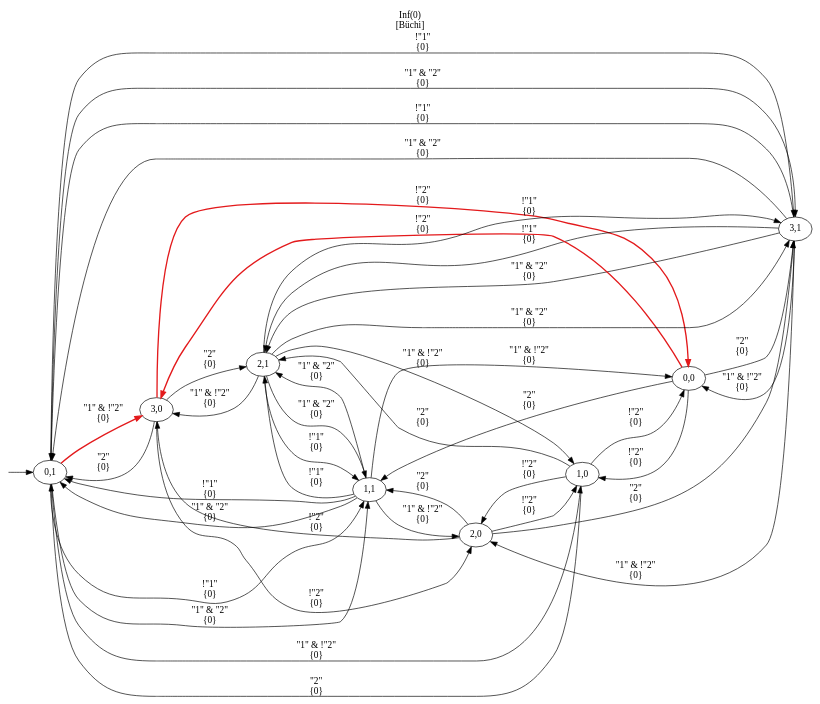
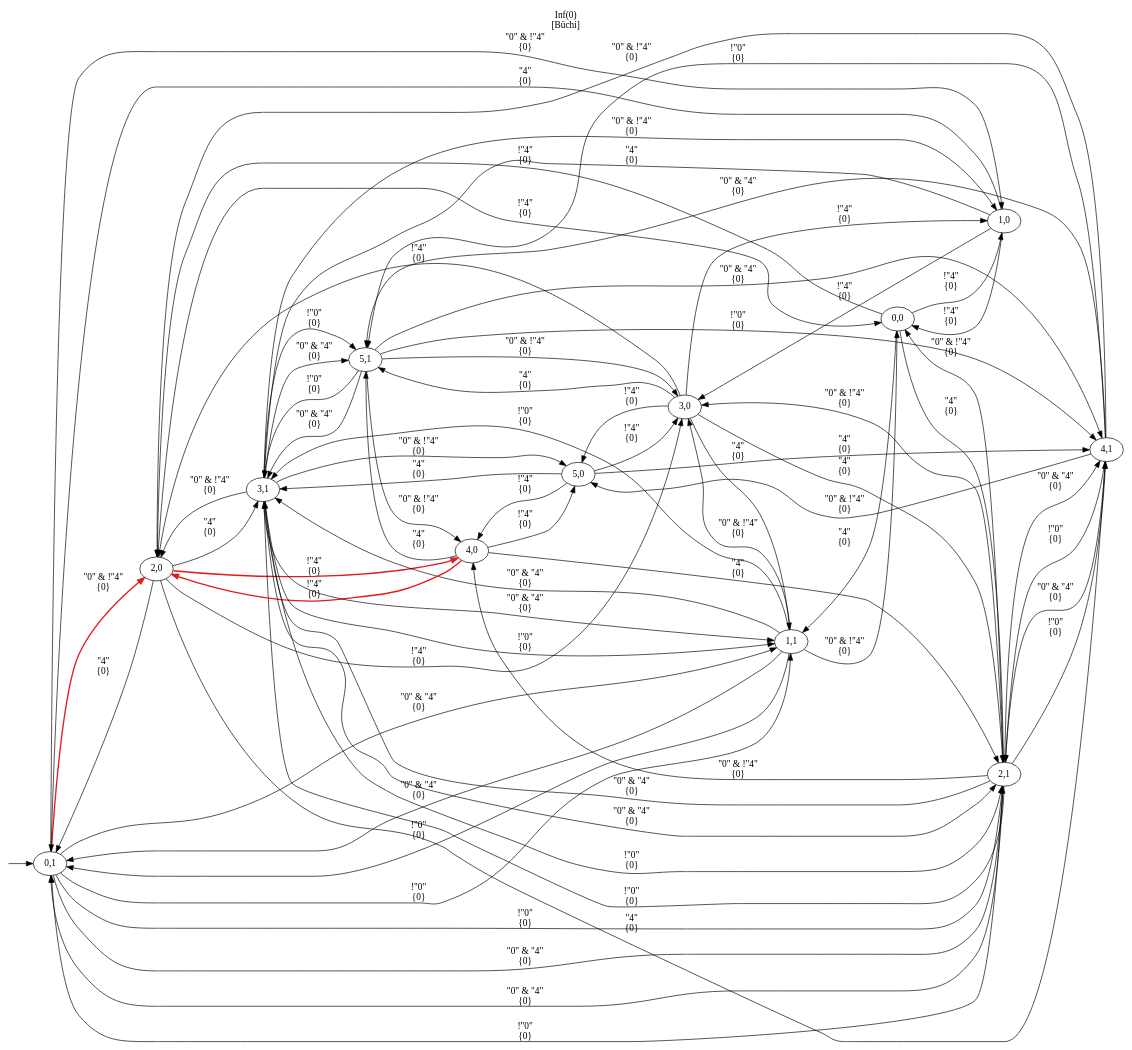
Before and after one commit to jrourke48/HMRTA_TS_GENERATION: the diagram in output/product_automaton.dot, drawn with Graphviz. The commit also changed 19 other files, not shown here.

```diff
--- a/output/product_automaton.dot
+++ b/output/product_automaton.dot
@@ -1,56 +1,90 @@
 digraph "" {
   rankdir=LR
   label="Inf(0)\n[Büchi]"
   labelloc="t"
   node [shape="ellipse",width="0.5",height="0.5"]
   I [label="", style=invis, width=0]
   I -> 0
   0 [label="0,1"]
-  0 -> 1 [label="\"1\" & !\"2\"\n{0}", style=bold, color="#E31A1C"]
-  0 -> 2 [label="!\"1\"\n{0}"]
-  0 -> 2 [label="\"1\" & \"2\"\n{0}"]
-  0 -> 3 [label="\"1\" & !\"2\"\n{0}"]
-  0 -> 4 [label="!\"1\"\n{0}"]
-  0 -> 4 [label="\"1\" & \"2\"\n{0}"]
-  1 [label="3,0"]
-  1 -> 5 [label="!\"2\"\n{0}", style=bold, color="#E31A1C"]
-  1 -> 0 [label="\"2\"\n{0}"]
-  1 -> 6 [label="!\"2\"\n{0}"]
-  1 -> 7 [label="\"2\"\n{0}"]
-  2 [label="3,1"]
-  2 -> 5 [label="\"1\" & !\"2\"\n{0}"]
-  2 -> 0 [label="!\"1\"\n{0}"]
-  2 -> 0 [label="\"1\" & \"2\"\n{0}"]
-  2 -> 6 [label="\"1\" & !\"2\"\n{0}"]
-  2 -> 7 [label="!\"1\"\n{0}"]
-  2 -> 7 [label="\"1\" & \"2\"\n{0}"]
+  0 -> 1 [label="\"0\" & !\"4\"\n{0}", style=bold, color="#E31A1C"]
+  0 -> 2 [label="!\"0\"\n{0}"]
+  0 -> 2 [label="\"0\" & \"4\"\n{0}"]
+  0 -> 3 [label="\"0\" & !\"4\"\n{0}"]
+  0 -> 4 [label="!\"0\"\n{0}"]
+  0 -> 4 [label="\"0\" & \"4\"\n{0}"]
+  1 [label="2,0"]
+  1 -> 5 [label="!\"4\"\n{0}", style=bold, color="#E31A1C"]
+  1 -> 6 [label="\"4\"\n{0}"]
+  1 -> 7 [label="!\"4\"\n{0}"]
+  1 -> 0 [label="\"4\"\n{0}"]
+  1 -> 8 [label="!\"4\"\n{0}"]
+  1 -> 9 [label="\"4\"\n{0}"]
+  2 [label="2,1"]
+  2 -> 5 [label="\"0\" & !\"4\"\n{0}"]
+  2 -> 6 [label="!\"0\"\n{0}"]
+  2 -> 6 [label="\"0\" & \"4\"\n{0}"]
+  2 -> 7 [label="\"0\" & !\"4\"\n{0}"]
+  2 -> 0 [label="!\"0\"\n{0}"]
+  2 -> 0 [label="\"0\" & \"4\"\n{0}"]
+  2 -> 8 [label="\"0\" & !\"4\"\n{0}"]
+  2 -> 9 [label="!\"0\"\n{0}"]
+  2 -> 9 [label="\"0\" & \"4\"\n{0}"]
   3 [label="1,0"]
-  3 -> 6 [label="!\"2\"\n{0}"]
-  3 -> 7 [label="\"2\"\n{0}"]
-  3 -> 5 [label="!\"2\"\n{0}"]
-  3 -> 0 [label="\"2\"\n{0}"]
+  3 -> 8 [label="!\"4\"\n{0}"]
+  3 -> 9 [label="\"4\"\n{0}"]
+  3 -> 7 [label="!\"4\"\n{0}"]
+  3 -> 0 [label="\"4\"\n{0}"]
   4 [label="1,1"]
-  4 -> 6 [label="\"1\" & !\"2\"\n{0}"]
-  4 -> 7 [label="!\"1\"\n{0}"]
-  4 -> 7 [label="\"1\" & \"2\"\n{0}"]
-  4 -> 5 [label="\"1\" & !\"2\"\n{0}"]
-  4 -> 0 [label="!\"1\"\n{0}"]
-  4 -> 0 [label="\"1\" & \"2\"\n{0}"]
-  5 [label="0,0"]
-  5 -> 1 [label="!\"2\"\n{0}", style=bold, color="#E31A1C"]
-  5 -> 2 [label="\"2\"\n{0}"]
-  5 -> 3 [label="!\"2\"\n{0}"]
-  5 -> 4 [label="\"2\"\n{0}"]
-  6 [label="2,0"]
-  6 -> 3 [label="!\"2\"\n{0}"]
-  6 -> 4 [label="\"2\"\n{0}"]
-  6 -> 1 [label="!\"2\"\n{0}"]
-  6 -> 2 [label="\"2\"\n{0}"]
-  7 [label="2,1"]
-  7 -> 3 [label="\"1\" & !\"2\"\n{0}"]
-  7 -> 4 [label="!\"1\"\n{0}"]
-  7 -> 4 [label="\"1\" & \"2\"\n{0}"]
-  7 -> 1 [label="\"1\" & !\"2\"\n{0}"]
-  7 -> 2 [label="!\"1\"\n{0}"]
-  7 -> 2 [label="\"1\" & \"2\"\n{0}"]
+  4 -> 8 [label="\"0\" & !\"4\"\n{0}"]
+  4 -> 9 [label="!\"0\"\n{0}"]
+  4 -> 9 [label="\"0\" & \"4\"\n{0}"]
+  4 -> 7 [label="\"0\" & !\"4\"\n{0}"]
+  4 -> 0 [label="!\"0\"\n{0}"]
+  4 -> 0 [label="\"0\" & \"4\"\n{0}"]
+  5 [label="4,0"]
+  5 -> 1 [label="!\"4\"\n{0}", style=bold, color="#E31A1C"]
+  5 -> 2 [label="\"4\"\n{0}"]
+  5 -> 10 [label="!\"4\"\n{0}"]
+  5 -> 11 [label="\"4\"\n{0}"]
+  6 [label="4,1"]
+  6 -> 1 [label="\"0\" & !\"4\"\n{0}"]
+  6 -> 2 [label="!\"0\"\n{0}"]
+  6 -> 2 [label="\"0\" & \"4\"\n{0}"]
+  6 -> 10 [label="\"0\" & !\"4\"\n{0}"]
+  6 -> 11 [label="!\"0\"\n{0}"]
+  6 -> 11 [label="\"0\" & \"4\"\n{0}"]
+  7 [label="0,0"]
+  7 -> 1 [label="!\"4\"\n{0}"]
+  7 -> 2 [label="\"4\"\n{0}"]
+  7 -> 3 [label="!\"4\"\n{0}"]
+  7 -> 4 [label="\"4\"\n{0}"]
+  8 [label="3,0"]
+  8 -> 10 [label="!\"4\"\n{0}"]
+  8 -> 11 [label="\"4\"\n{0}"]
+  8 -> 3 [label="!\"4\"\n{0}"]
+  8 -> 4 [label="\"4\"\n{0}"]
+  8 -> 1 [label="!\"4\"\n{0}"]
+  8 -> 2 [label="\"4\"\n{0}"]
+  9 [label="3,1"]
+  9 -> 10 [label="\"0\" & !\"4\"\n{0}"]
+  9 -> 11 [label="!\"0\"\n{0}"]
+  9 -> 11 [label="\"0\" & \"4\"\n{0}"]
+  9 -> 3 [label="\"0\" & !\"4\"\n{0}"]
+  9 -> 4 [label="!\"0\"\n{0}"]
+  9 -> 4 [label="\"0\" & \"4\"\n{0}"]
+  9 -> 1 [label="\"0\" & !\"4\"\n{0}"]
+  9 -> 2 [label="!\"0\"\n{0}"]
+  9 -> 2 [label="\"0\" & \"4\"\n{0}"]
+  10 [label="5,0"]
+  10 -> 8 [label="!\"4\"\n{0}"]
+  10 -> 9 [label="\"4\"\n{0}"]
+  10 -> 5 [label="!\"4\"\n{0}"]
+  10 -> 6 [label="\"4\"\n{0}"]
+  11 [label="5,1"]
+  11 -> 8 [label="\"0\" & !\"4\"\n{0}"]
+  11 -> 9 [label="!\"0\"\n{0}"]
+  11 -> 9 [label="\"0\" & \"4\"\n{0}"]
+  11 -> 5 [label="\"0\" & !\"4\"\n{0}"]
+  11 -> 6 [label="!\"0\"\n{0}"]
+  11 -> 6 [label="\"0\" & \"4\"\n{0}"]
 }
```
